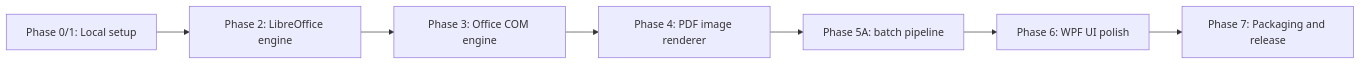
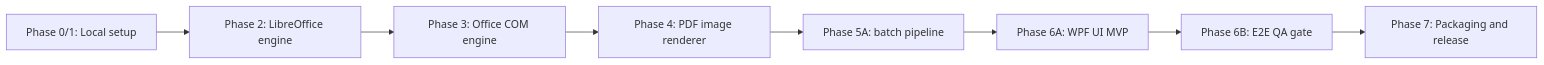
The tenth of 10 diagrams in docs/ARCHITECTURE.md (KiritoMainBro88/snappy-docs-convert), drawn with Mermaid before and after one commit. The commit also changed other lines of this file and 30 other files, not shown here.

Commit message:
feat: add WPF UI MVP

````diff
--- a/docs/ARCHITECTURE.md
+++ b/docs/ARCHITECTURE.md
@@ -141,9 +159,10 @@
 ```mermaid
 flowchart LR
   P01["Phase 0/1: Local setup"] --> P02["Phase 2: LibreOffice engine"]
   P02 --> P03["Phase 3: Office COM engine"]
   P03 --> P04["Phase 4: PDF image renderer"]
   P04 --> P05A["Phase 5A: batch pipeline"]
-  P05A --> P05["Phase 6: WPF UI polish"]
-  P05 --> P06["Phase 7: Packaging and release"]
+  P05A --> P06A["Phase 6A: WPF UI MVP"]
+  P06A --> P06B["Phase 6B: E2E QA gate"]
+  P06B --> P07["Phase 7: Packaging and release"]
 ```
````
